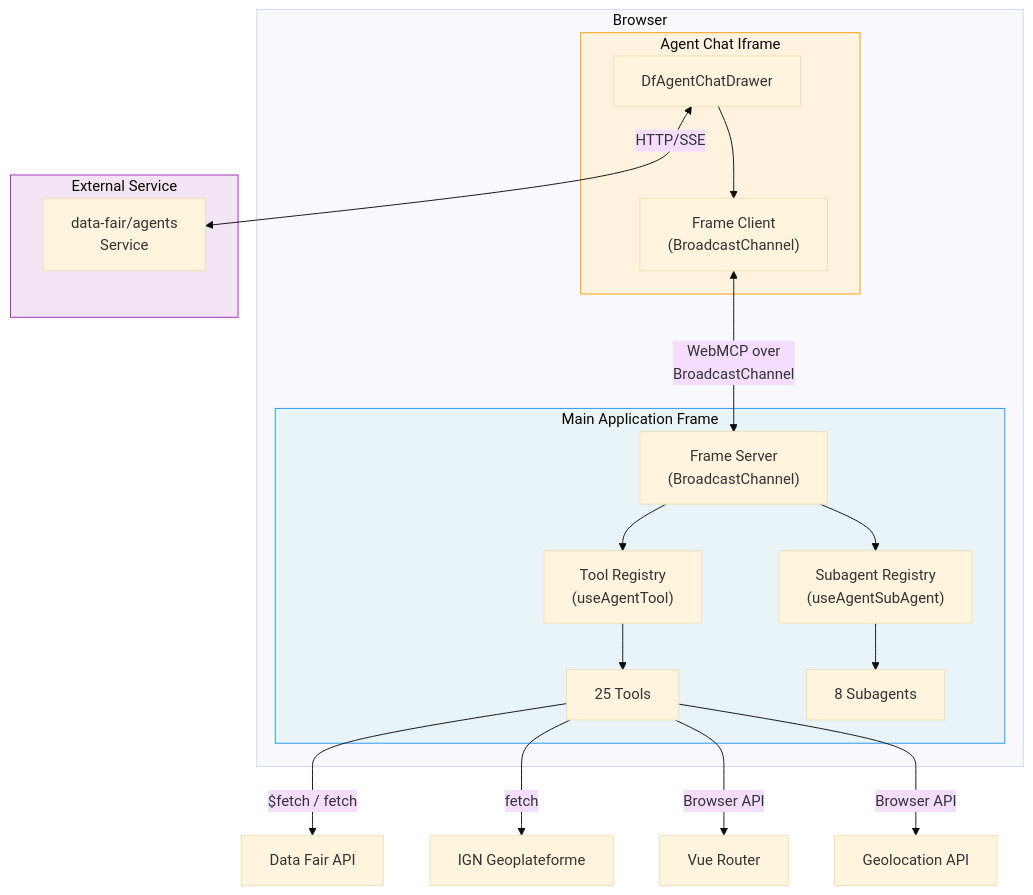
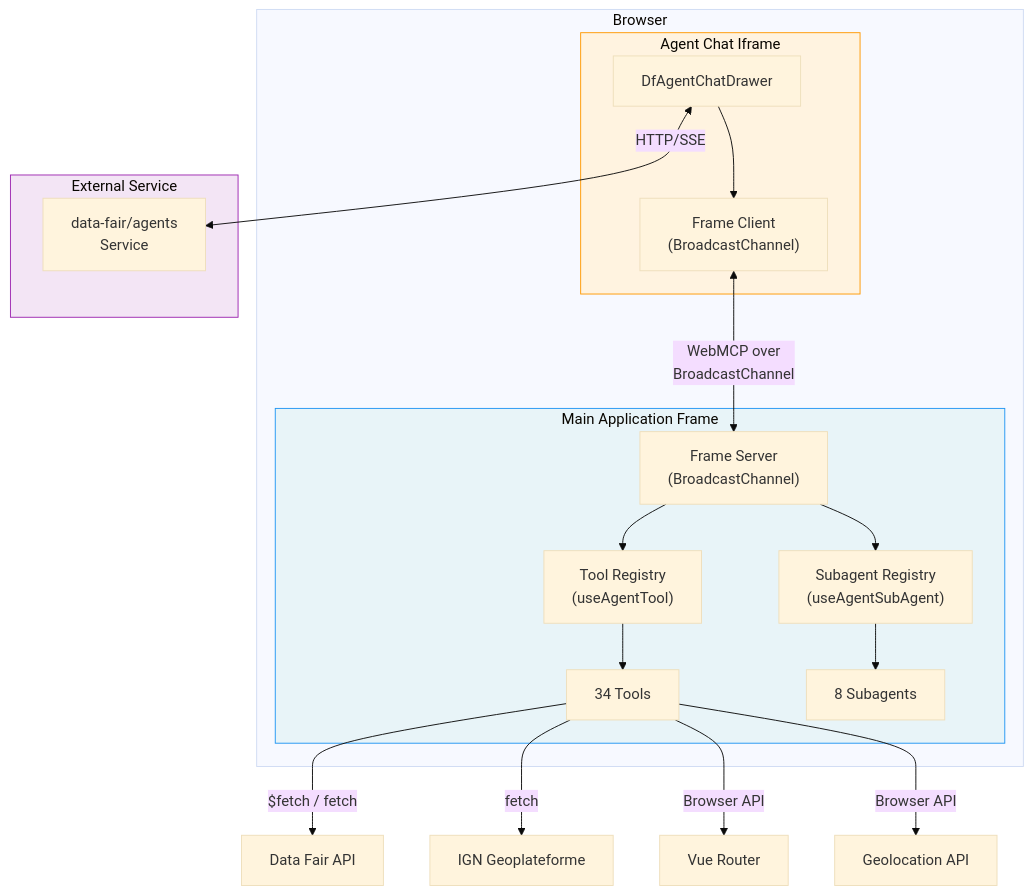
The first of 3 diagrams in docs/architecture/agent-integration.md (data-fair/data-fair), drawn with Mermaid (base theme) before and after one commit. The commit also changed other lines of this file and 5 other files, not shown here.

````diff
--- a/docs/architecture/agent-integration.md
+++ b/docs/architecture/agent-integration.md
@@ -31,34 +31,34 @@
 ```mermaid
 graph TB
     subgraph Browser
         subgraph MainFrame["Main Application Frame"]
             FS["Frame Server<br/>(BroadcastChannel)"]
             TR["Tool Registry<br/>(useAgentTool)"]
             SR["Subagent Registry<br/>(useAgentSubAgent)"]
-            Tools["25 Tools"]
+            Tools["34 Tools"]
             SubAgents["8 Subagents"]
             TR --> Tools
             SR --> SubAgents
             FS --> TR
             FS --> SR
         end
         subgraph ChatIframe["Agent Chat Iframe"]
             CD["DfAgentChatDrawer"]
             FC["Frame Client<br/>(BroadcastChannel)"]
             CD --> FC
         end
         FC <-->|"WebMCP over<br/>BroadcastChannel"| FS
     end
     subgraph External["External Service"]
         AS["data-fair/agents<br/>Service"]
     end
     CD <-->|"HTTP/SSE"| AS
     Tools -->|"$fetch / fetch"| API["Data Fair API"]
     Tools -->|"fetch"| GEO["IGN Geoplateforme"]
     Tools -->|"Browser API"| NAV["Vue Router"]
     Tools -->|"Browser API"| GEOLOC["Geolocation API"]
 
     style MainFrame fill:#e8f4f8,stroke:#2196F3
     style ChatIframe fill:#fff3e0,stroke:#FF9800
     style External fill:#f3e5f5,stroke:#9C27B0
 ```
````
